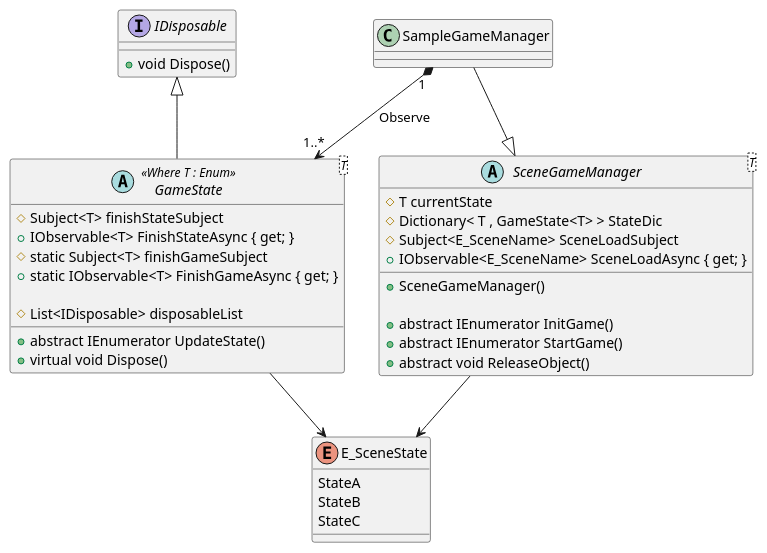
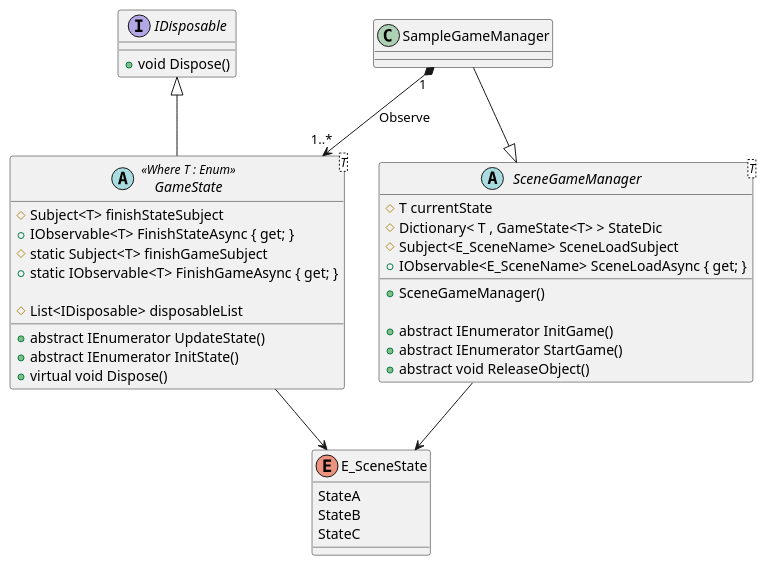
One commit to tezumozu/GameAsetsDev changed the diagram in Unity/Unity1weekAsets/Assets/Script/GameSystems/ver4.0/UML/GameMainSystem/GameState.pu. Above: the diagram before and after it, drawn with PlantUML. The commit also changed 31 other files, not shown here.

```diff
--- a/Unity/Unity1weekAsets/Assets/Script/GameSystems/ver4.0/UML/GameMainSystem/GameState.pu
+++ b/Unity/Unity1weekAsets/Assets/Script/GameSystems/ver4.0/UML/GameMainSystem/GameState.pu
@@ -1,46 +1,47 @@
 @startuml GameStateClass
 
     abstract class GameState<T> << Where T : Enum>> {
         # Subject<T> finishStateSubject
         + IObservable<T> FinishStateAsync { get; }
         # static Subject<T> finishGameSubject
         + static IObservable<T> FinishGameAsync { get; }
 
         # List<IDisposable> disposableList
 
         + abstract IEnumerator UpdateState()
+        + abstract IEnumerator InitState()
         + virtual void Dispose()
     }
 
     interface IDisposable{
         + void Dispose()
     }
 
     abstract class SceneGameManager<T>{
         # T currentState
         # Dictionary< T , GameState<T> > StateDic
         # Subject<E_SceneName> SceneLoadSubject
         + IObservable<E_SceneName> SceneLoadAsync { get; }
 
         + SceneGameManager()
 
         + abstract IEnumerator InitGame()
         + abstract IEnumerator StartGame()
         + abstract void ReleaseObject()
     }
 
     class SampleGameManager
 
     Enum E_SceneState{
         StateA
         StateB
         StateC
     }
 
     GameState -up-|> IDisposable
     SampleGameManager "1" *--> "1..*" GameState : Observe
     SampleGameManager --|> SceneGameManager
     GameState --> E_SceneState
     SceneGameManager --> E_SceneState
 
 @enduml 
```
